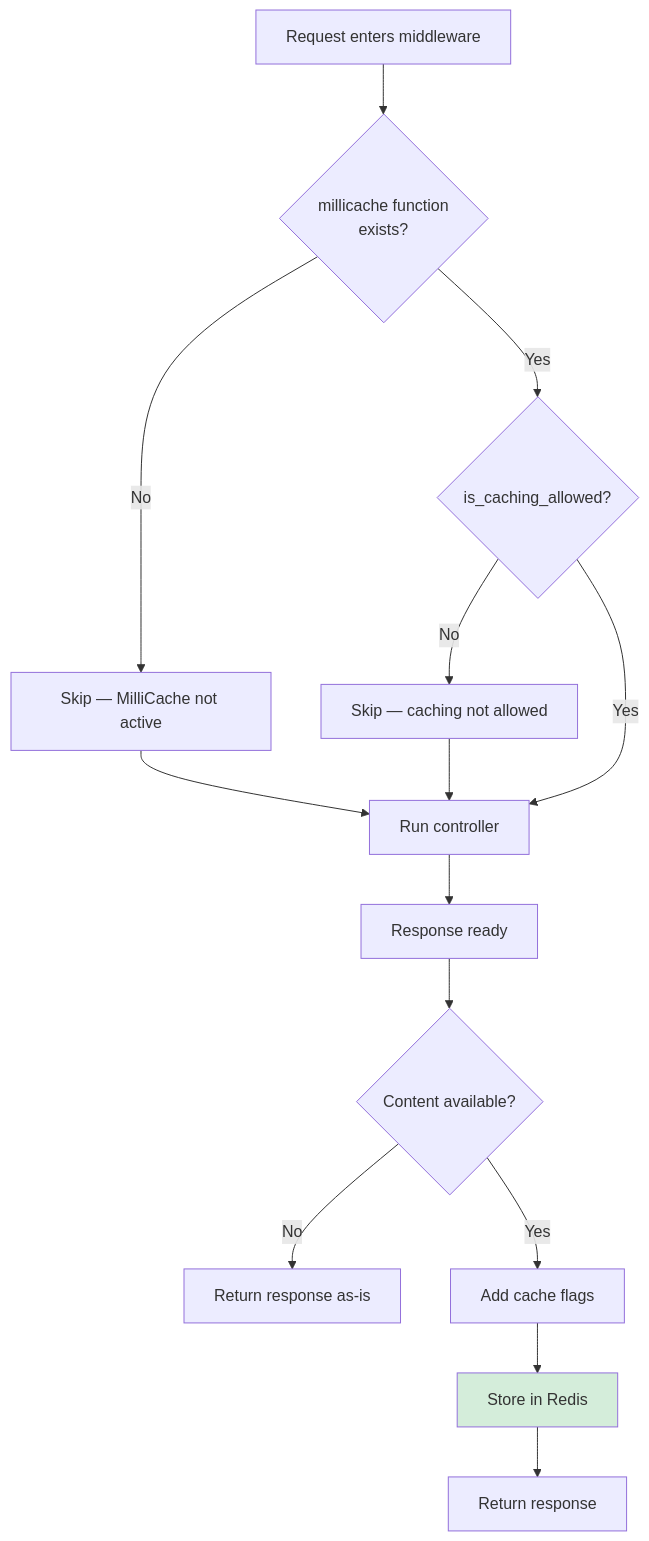
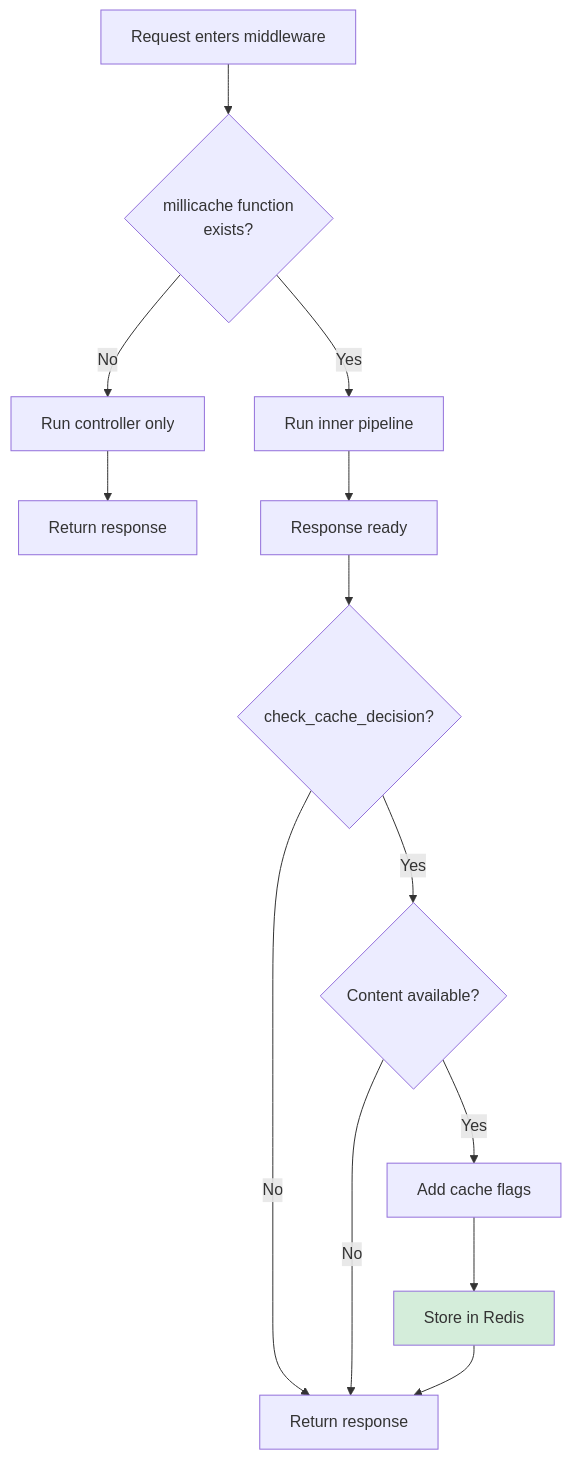
The second of 3 diagrams in docs/03-how-it-works/01-how-it-works.md (MilliPress/Acorn-MilliCache), drawn with Mermaid before and after one commit. The commit also changed other lines of this file and 5 other files, not shown here.

First line of the commit message:
feat: Use check_cache_decision() for post-next cache gating

````diff
--- a/docs/03-how-it-works/01-how-it-works.md
+++ b/docs/03-how-it-works/01-how-it-works.md
@@ -46,18 +46,17 @@
 ```mermaid
 flowchart TD
     A[Request enters middleware] --> B{millicache function<br/>exists?}
-    B -->|No| C[Skip — MilliCache not active]
-    C --> D[Run controller]
-    B -->|Yes| E{is_caching_allowed?}
-    E -->|No| F[Skip — caching not allowed]
-    F --> D
-    E -->|Yes| D
-    D --> G[Response ready]
-    G --> H{Content available?}
-    H -->|No| I[Return response as-is]
-    H -->|Yes| J[Add cache flags]
+    B -->|No| C[Run controller only]
+    C --> D[Return response]
+    B -->|Yes| E[Run inner pipeline]
+    E --> F[Response ready]
+    F --> G{check_cache_decision?}
+    G -->|No| H[Return response]
+    G -->|Yes| I{Content available?}
+    I -->|No| H
+    I -->|Yes| J[Add cache flags]
     J --> K[Store in Redis]
-    K --> L[Return response]
+    K --> H
 
     style K fill:#d4edda
 ```
````
